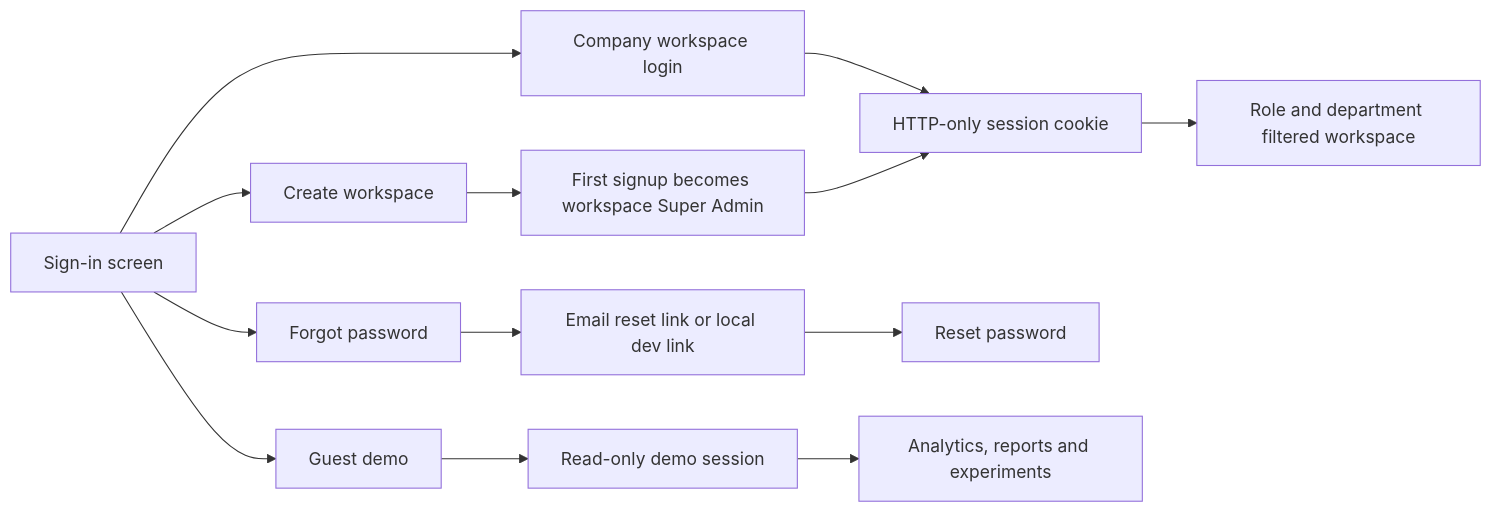
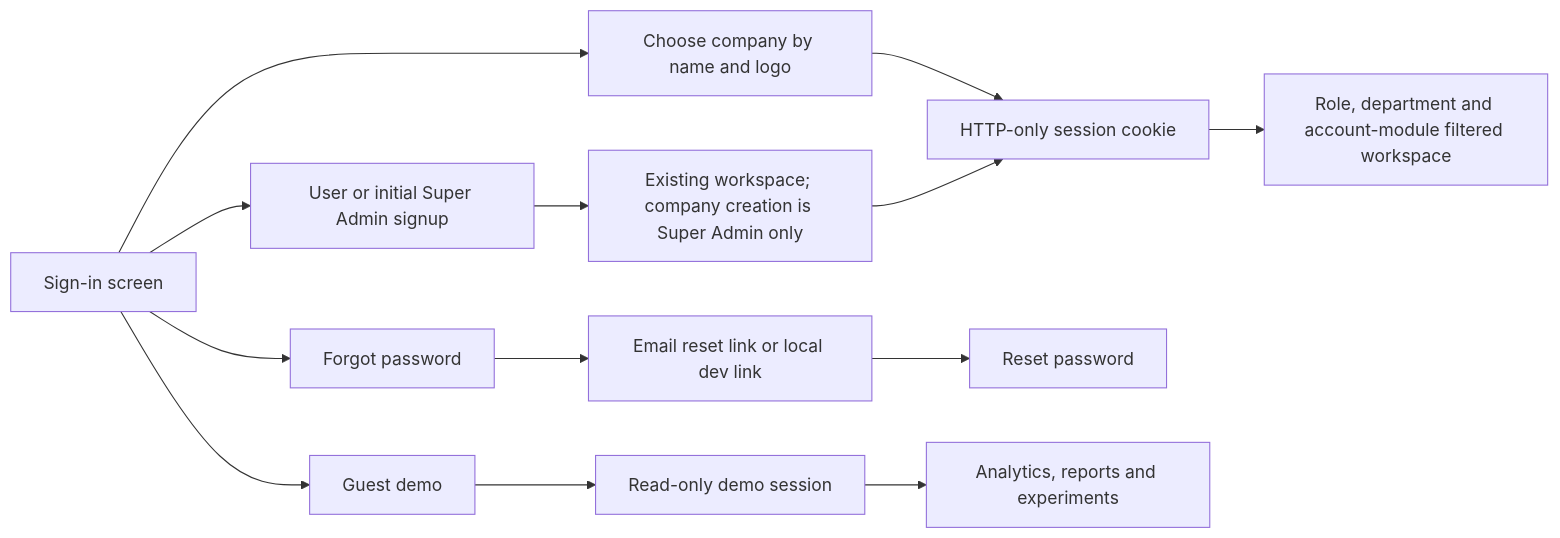
Before and after one commit to haroondhanyal/campaignnova-platform: the first of 2 diagrams in README.md, drawn with Mermaid. The commit also changed other lines of this file and 100 other files, not shown here.

````diff
--- a/README.md
+++ b/README.md
@@ -65,15 +65,15 @@
 ```mermaid
 flowchart LR
-  A[Sign-in screen] --> B[Company workspace login]
+  A[Sign-in screen] --> B[Choose company by name and logo]
   A --> C[Guest demo]
-  A --> D[Create workspace]
+  A --> D[User or initial Super Admin signup]
   A --> E[Forgot password]
   B --> F[HTTP-only session cookie]
   C --> G[Read-only demo session]
-  D --> H[First signup becomes workspace Super Admin]
+  D --> H[Existing workspace; company creation is Super Admin only]
   H --> F
   E --> I[Email reset link or local dev link]
   I --> J[Reset password]
-  F --> K[Role and department filtered workspace]
+  F --> K[Role, department and account-module filtered workspace]
   G --> L[Analytics, reports and experiments]
 ```
````
